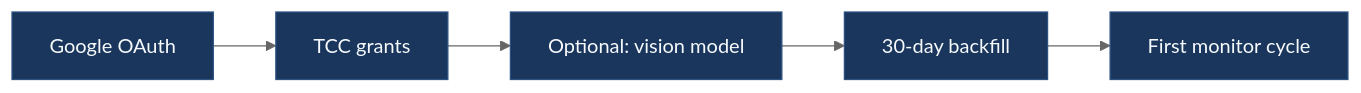
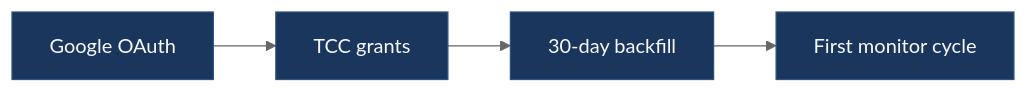
One commit to dwurtz/lighthouse changed the diagram in docs-site/docs/quickstart.md. Above: the diagram before and after it, drawn with Mermaid (neutral theme). The commit also changed other lines of this file and 5 other files, not shown here.

````diff
--- a/docs-site/docs/quickstart.md
+++ b/docs-site/docs/quickstart.md
@@ -14,10 +14,9 @@
 ```mermaid
 flowchart LR
     A[Google OAuth] --> B[TCC grants]
-    B --> C[Optional: vision model]
-    C --> D[30-day backfill]
-    D --> E[First monitor cycle]
+    B --> C[30-day backfill]
+    C --> D[First monitor cycle]
 
     classDef step fill:#1a365d,stroke:#2c5282,color:#f7fafc
-    class A,B,C,D,E step
+    class A,B,C,D step
 ```
````
